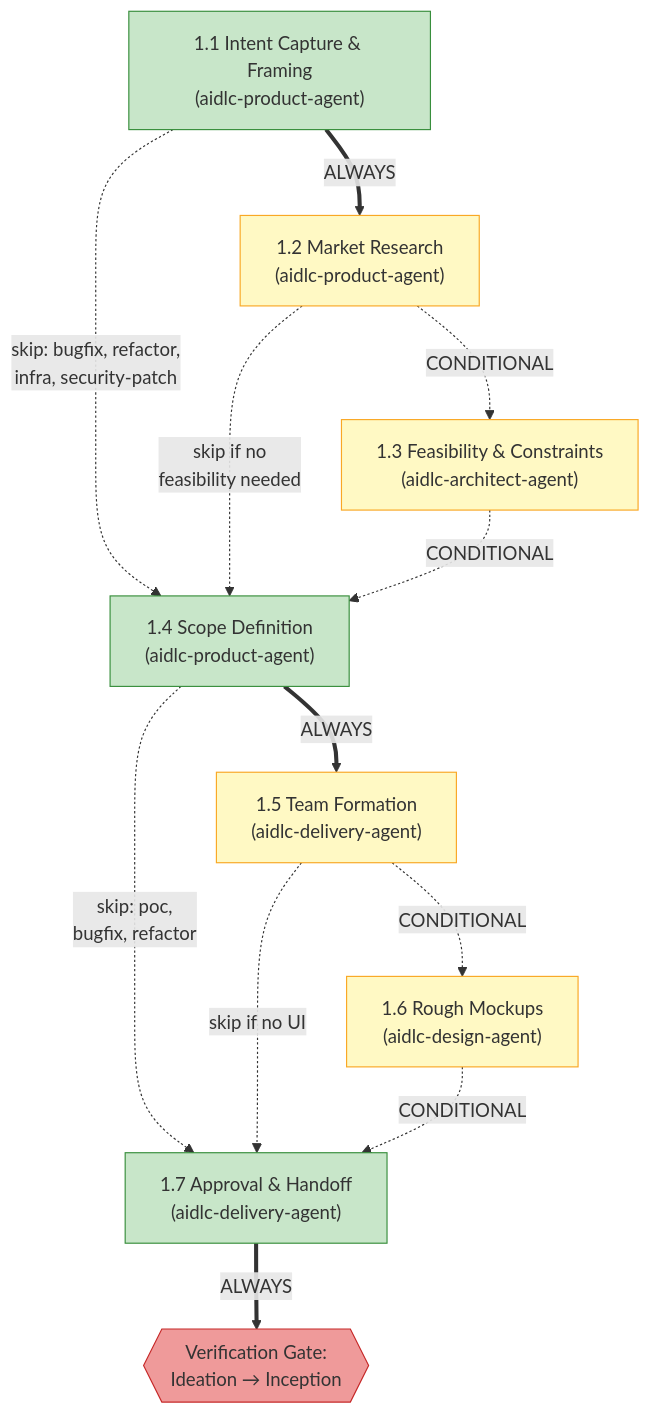
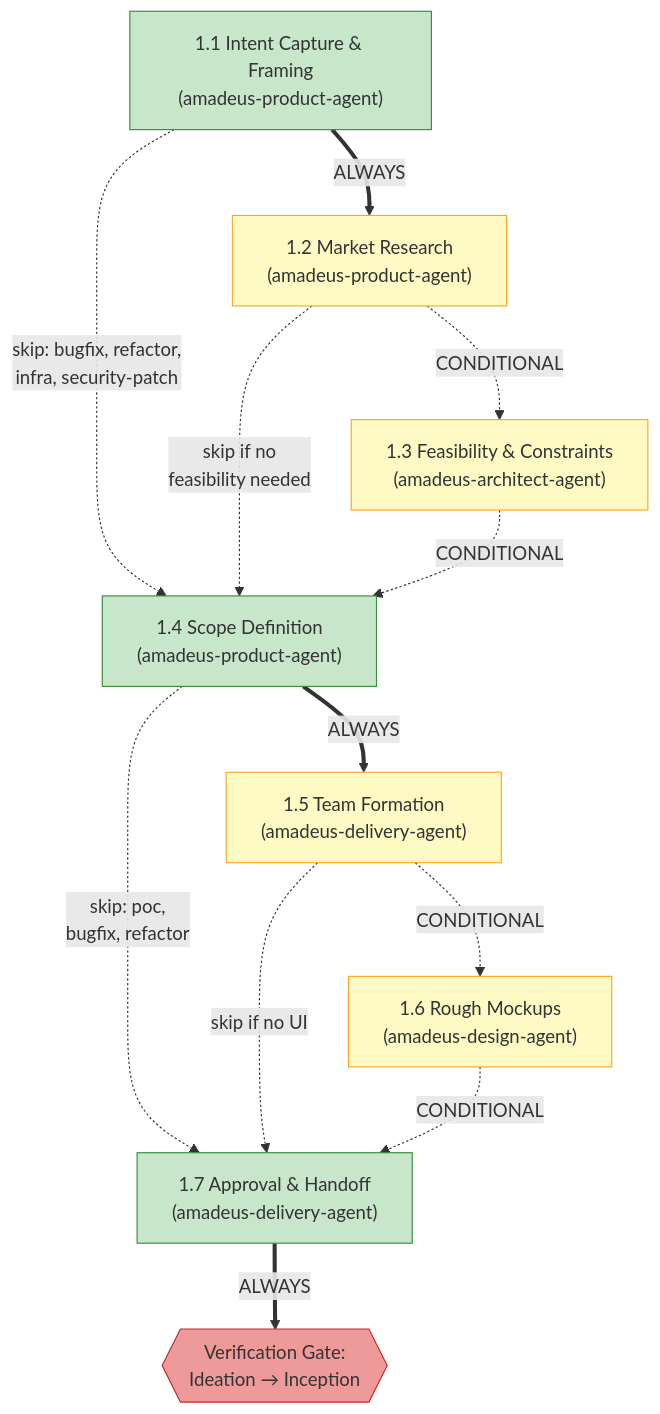
The second of 6 diagrams in docs/guide/04-phases-and-stages.md (amadeus-dlc/amadeus), drawn with Mermaid before and after one commit. The commit also changed other lines of this file and 855 other files, not shown here.

Commit message:
refactor: rename aidlc prefixes to amadeus

````diff
--- a/docs/guide/04-phases-and-stages.md
+++ b/docs/guide/04-phases-and-stages.md
@@ -90,32 +90,32 @@
 ```mermaid
 flowchart TD
-    S11["1.1 Intent Capture & Framing\n(aidlc-product-agent)"]
-    S12["1.2 Market Research\n(aidlc-product-agent)"]
-    S13["1.3 Feasibility & Constraints\n(aidlc-architect-agent)"]
-    S14["1.4 Scope Definition\n(aidlc-product-agent)"]
-    S15["1.5 Team Formation\n(aidlc-delivery-agent)"]
-    S16["1.6 Rough Mockups\n(aidlc-design-agent)"]
-    S17["1.7 Approval & Handoff\n(aidlc-delivery-agent)"]
+    S11["1.1 Intent Capture & Framing\n(amadeus-product-agent)"]
+    S12["1.2 Market Research\n(amadeus-product-agent)"]
+    S13["1.3 Feasibility & Constraints\n(amadeus-architect-agent)"]
+    S14["1.4 Scope Definition\n(amadeus-product-agent)"]
+    S15["1.5 Team Formation\n(amadeus-delivery-agent)"]
+    S16["1.6 Rough Mockups\n(amadeus-design-agent)"]
+    S17["1.7 Approval & Handoff\n(amadeus-delivery-agent)"]
     VG1{{"Verification Gate:\nIdeation → Inception"}}
 
     S11 ==>|ALWAYS| S12
     S11 -.->|"skip: bugfix, refactor,\ninfra, security-patch"| S14
     S12 -.->|CONDITIONAL| S13
     S12 -.->|"skip if no\nfeasibility needed"| S14
     S13 -.->|CONDITIONAL| S14
     S14 ==>|ALWAYS| S15
     S14 -.->|"skip: poc,\nbugfix, refactor"| S17
     S15 -.->|CONDITIONAL| S16
     S15 -.->|"skip if no UI"| S17
     S16 -.->|CONDITIONAL| S17
     S17 ==>|ALWAYS| VG1
 
     style S11 fill:#c8e6c9,stroke:#388e3c
     style S14 fill:#c8e6c9,stroke:#388e3c
     style S17 fill:#c8e6c9,stroke:#388e3c
     style S12 fill:#fff9c4,stroke:#f9a825
     style S13 fill:#fff9c4,stroke:#f9a825
     style S15 fill:#fff9c4,stroke:#f9a825
     style S16 fill:#fff9c4,stroke:#f9a825
     style VG1 fill:#ef9a9a,stroke:#c62828
 ```
````
